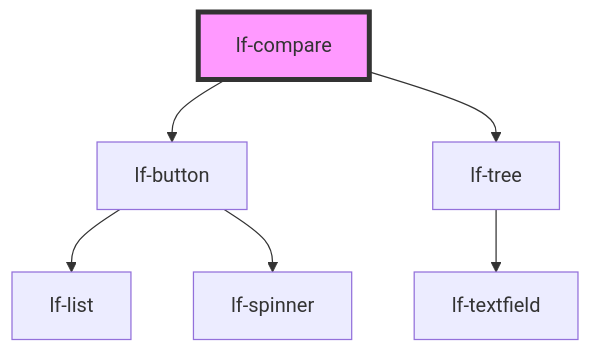
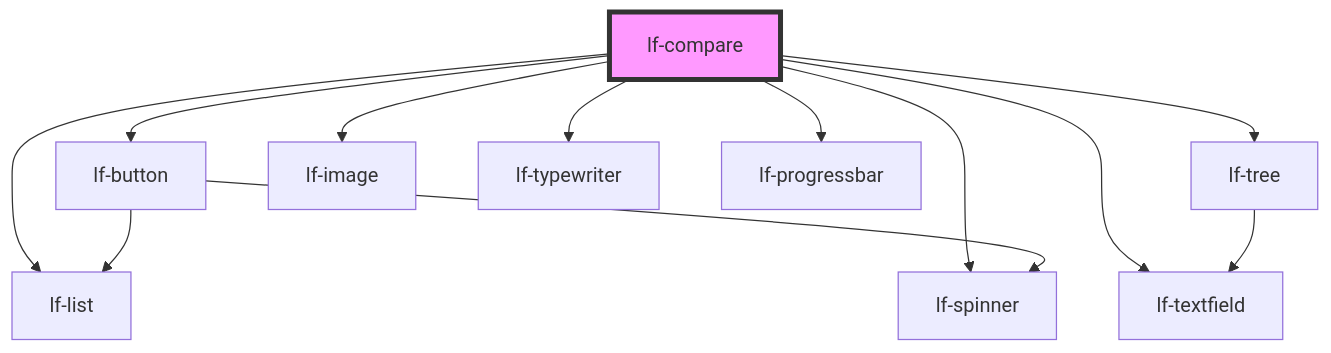
Before and after one commit to lucafoscili/lf-widgets: the diagram in packages/core/src/components/lf-compare/readme.md, drawn with Mermaid. The commit also changed other lines of this file and 31 other files, not shown here.

````diff
--- a/packages/core/src/components/lf-compare/readme.md
+++ b/packages/core/src/components/lf-compare/readme.md
@@ -108,9 +114,15 @@
 ```mermaid
 graph TD;
   lf-compare --> lf-button
   lf-compare --> lf-tree
+  lf-compare --> lf-list
+  lf-compare --> lf-spinner
+  lf-compare --> lf-image
+  lf-compare --> lf-typewriter
+  lf-compare --> lf-progressbar
+  lf-compare --> lf-textfield
   lf-button --> lf-list
   lf-button --> lf-spinner
   lf-tree --> lf-textfield
   style lf-compare fill:#f9f,stroke:#333,stroke-width:4px
 ```
````
